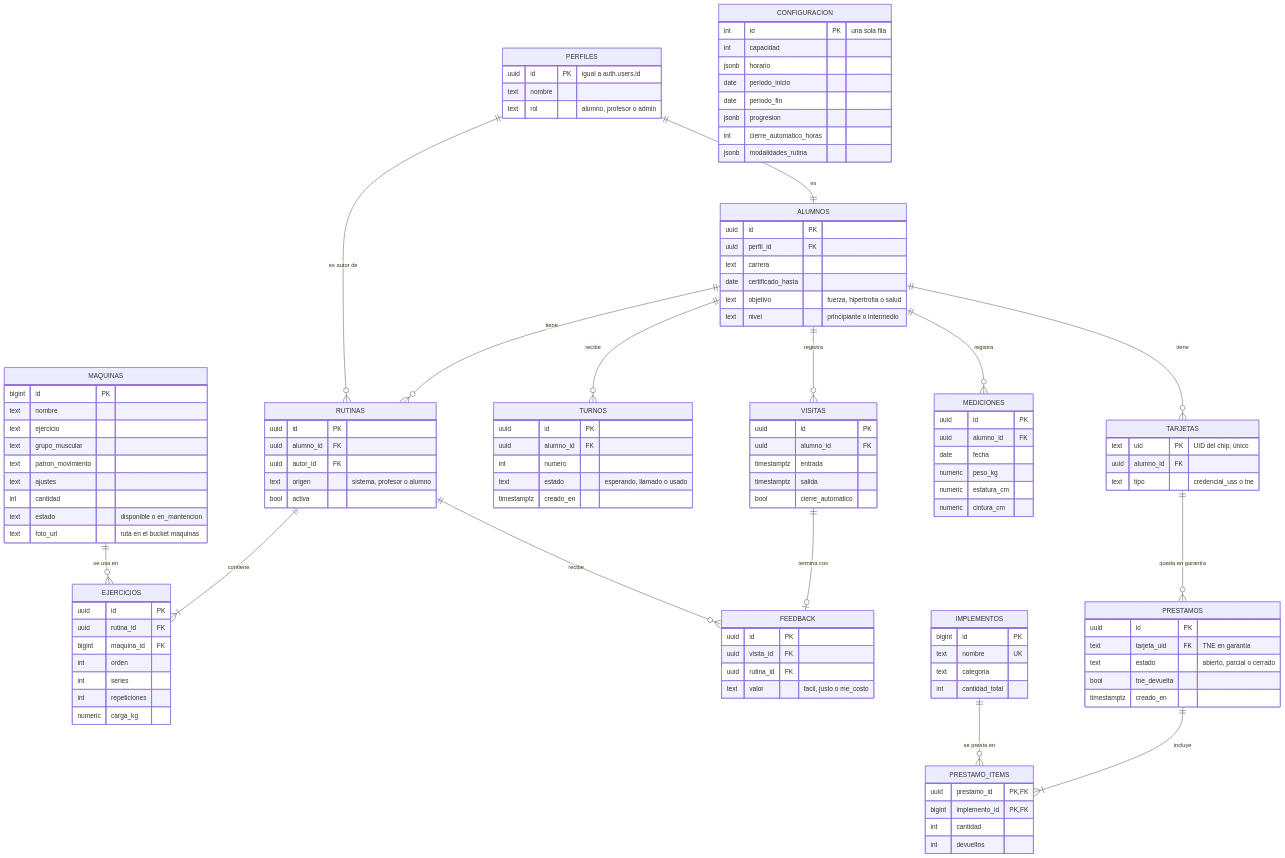
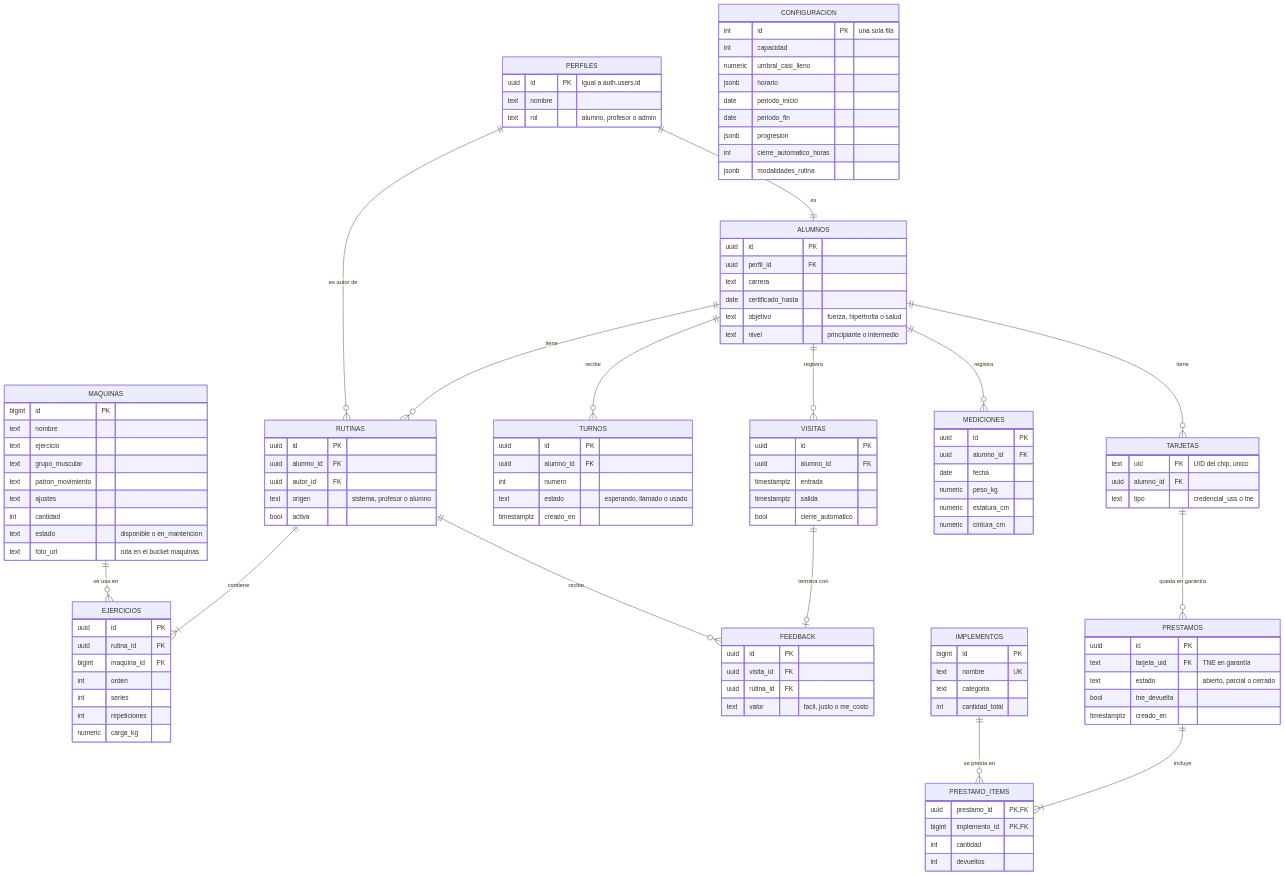
Before and after one commit to vicente-uss/aforofit: the first of 4 diagrams in docs/diagramas.md, drawn with Mermaid. The commit also changed 1 other file, not shown here.

Commit message:
Agrega el contrato del flujo de ingreso (puntos 1, 8, 9 y 12)

```diff
--- a/docs/diagramas.md
+++ b/docs/diagramas.md
@@ -185,6 +185,7 @@
     CONFIGURACION {
         int id PK "una sola fila"
         int capacidad
+        numeric umbral_casi_lleno
         jsonb horario
         date periodo_inicio
         date periodo_fin
```
